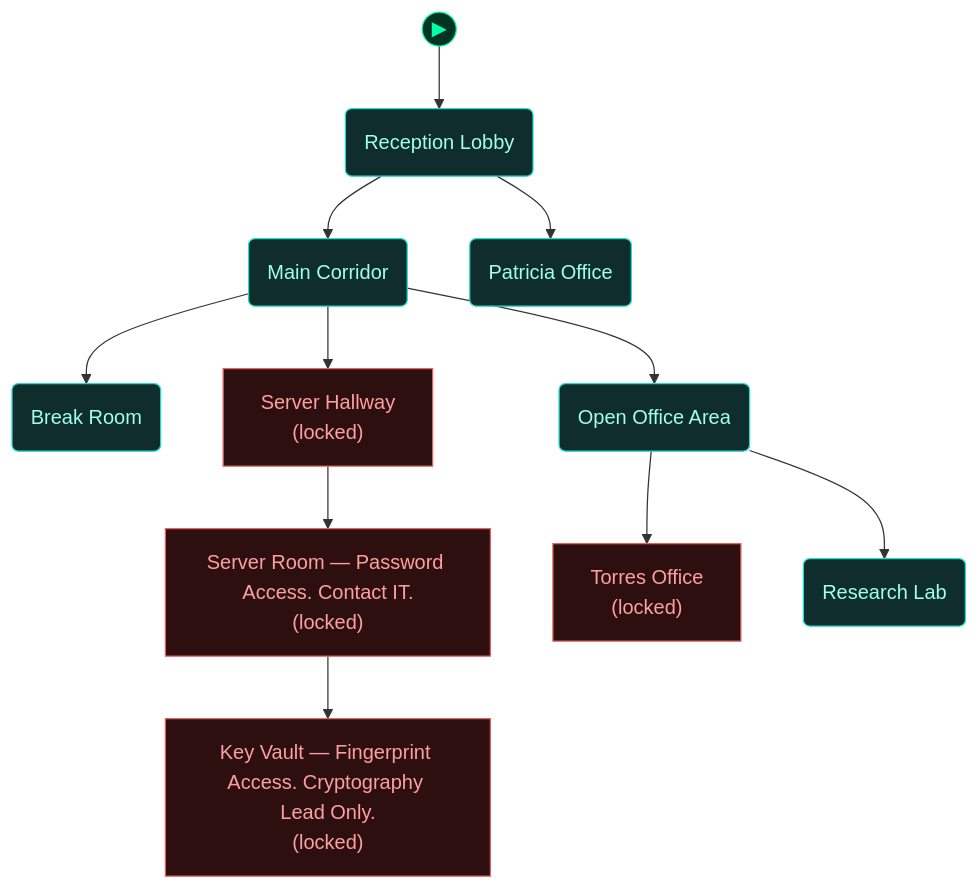
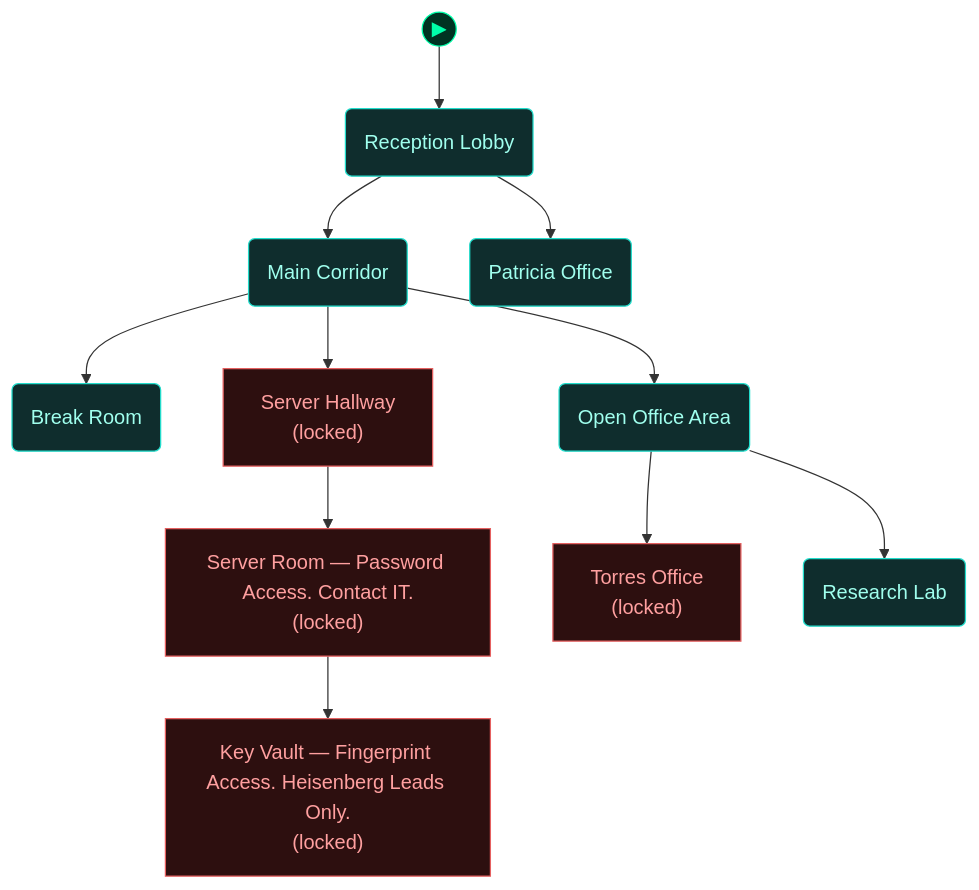
One commit to cliffe/BreakEscape changed the fourth of 5 diagrams in scenarios/m05_insider_trading/dungeon_graph.md. Above: the diagram before and after it, drawn with Mermaid. The commit also changed other lines of this file and 29 other files, not shown here.

Commit message:
m05 pass 5, alignment round 1: phase music, sweep-then-call-in, vault enrols both leads, office-card relay gated on suspicion, Task Force Null payoff, HaX hub to m04 standard, early-naming reward and wrong-accusation cost, Torres fight tuned (damage 20 to 5), route driver r1-r6

````diff
--- a/scenarios/m05_insider_trading/dungeon_graph.md
+++ b/scenarios/m05_insider_trading/dungeon_graph.md
@@ -352,46 +405,46 @@
 ```mermaid
 flowchart TD
 
   classDef room      fill:#0f2d2d,stroke:#22ddcc,color:#a0ffee
   classDef lock      fill:#2d0f0f,stroke:#e66060,color:#ffa0a0
   classDef key       fill:#2d0812,stroke:#e66060,color:#ffa0a0
   classDef item      fill:#2d1200,stroke:#e89030,color:#ffcc80
   classDef gate      fill:#111,stroke:#666,color:#eee
   classDef vm        fill:#0c1f40,stroke:#4a90d9,color:#a0c8ff
   classDef flag      fill:#1a0c2d,stroke:#9060d0,color:#cc99ff
   classDef action    fill:#1a1200,stroke:#cc9922,color:#ffee88
   classDef aim       fill:#0d2a0d,stroke:#44cc44,color:#88ff88
   classDef aim_gate  fill:#111111,stroke:#44cc44,color:#44cc44
   classDef container fill:#1a2d1a,stroke:#60b060,color:#a0e0a0
   classDef npc       fill:#2d1f0d,stroke:#d0a050,color:#ffe0a0
   classDef critical  fill:#2a1500,stroke:#ffaa00,color:#ffdd88
   classDef start     fill:#003322,stroke:#00ffaa,color:#00ffaa
 
   node_start(("▶"))
   node_start --> reception_lobby
 
   reception_lobby("Reception Lobby")
   main_corridor("Main Corridor")
   break_room("Break Room")
   open_office_area("Open Office Area")
   server_hallway["Server Hallway<br/>(locked)"]
   server_room["Server Room — Password Access. Contact IT.<br/>(locked)"]
   torres_office["Torres Office<br/>(locked)"]
   research_lab("Research Lab")
   patricia_office("Patricia Office")
-  data_center["Key Vault — Fingerprint Access. Cryptography Lead Only.<br/>(locked)"]
+  data_center["Key Vault — Fingerprint Access. Heisenberg Leads Only.<br/>(locked)"]
 
   reception_lobby --> main_corridor
   reception_lobby --> patricia_office
   main_corridor --> break_room
   main_corridor --> server_hallway
   main_corridor --> open_office_area
   open_office_area --> torres_office
   open_office_area --> research_lab
   server_hallway --> server_room
   server_room --> data_center
 
   class reception_lobby,main_corridor,break_room,open_office_area,research_lab,patricia_office room
   class server_hallway,server_room,torres_office,data_center lock
   class node_start start
 ```
````
